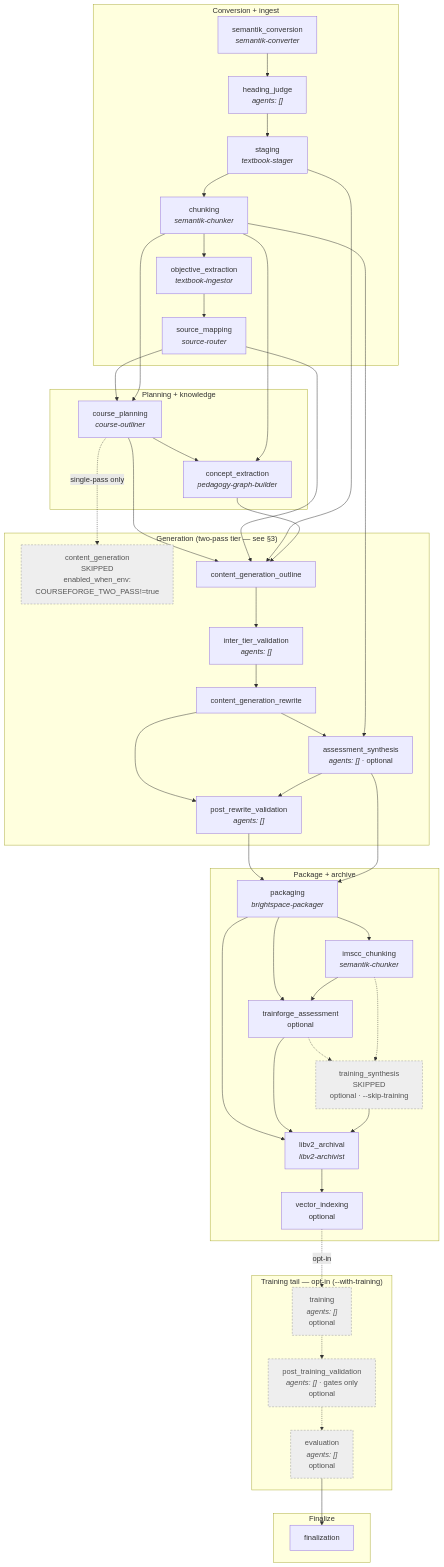
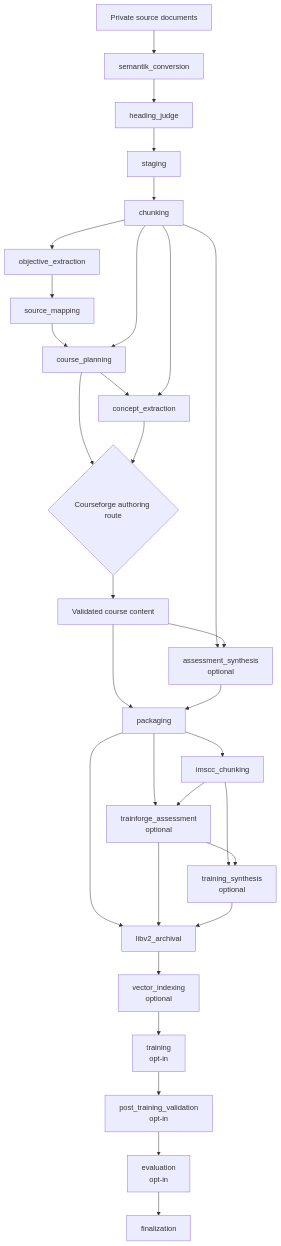
Before and after one commit to mdmurphy822/Ed4All: the second of 3 diagrams in docs/architecture/pipeline-flow.md, drawn with Mermaid. The commit also changed other lines of this file, not shown here.

Commit message:
docs(architecture): rebuild pipeline flow

````diff
--- a/docs/architecture/pipeline-flow.md
+++ b/docs/architecture/pipeline-flow.md
@@ -28,79 +65,36 @@
 ```mermaid
 flowchart TD
-    subgraph CONV["Conversion + ingest"]
-        P0["semantik_conversion<br/><i>semantik-converter</i>"]
-        P1["heading_judge<br/><i>agents: []</i>"]
-        P2["staging<br/><i>textbook-stager</i>"]
-        P3["chunking<br/><i>semantik-chunker</i>"]
-        P4["objective_extraction<br/><i>textbook-ingestor</i>"]
-        P5["source_mapping<br/><i>source-router</i>"]
-    end
+    SRC["Private source documents"] --> CONV["semantik_conversion"]
+    CONV --> HEAD["heading_judge"]
+    HEAD --> STAGE["staging"]
+    STAGE --> CHUNK["chunking"]
+    CHUNK --> STRUCT["objective_extraction"]
+    STRUCT --> MAP["source_mapping"]
+    MAP --> PLAN["course_planning"]
+    CHUNK --> PLAN
+    PLAN --> GRAPH["concept_extraction"]
+    CHUNK --> GRAPH
 
-    subgraph PLAN["Planning + knowledge"]
-        P6["course_planning<br/><i>course-outliner</i>"]
-        P7["concept_extraction<br/><i>pedagogy-graph-builder</i>"]
-    end
+    PLAN --> AUTHOR{"Courseforge authoring route"}
+    GRAPH --> AUTHOR
+    AUTHOR --> COURSE["Validated course content"]
+    CHUNK --> ASSESS["assessment_synthesis<br/>optional"]
+    COURSE --> ASSESS
+    COURSE --> PACKAGE["packaging"]
+    ASSESS --> PACKAGE
 
-    subgraph GEN["Generation (two-pass tier — see §3)"]
-        P8["content_generation<br/>SKIPPED<br/>enabled_when_env:<br/>COURSEFORGE_TWO_PASS!=true"]
-        P9["content_generation_outline"]
-        P10["inter_tier_validation<br/><i>agents: []</i>"]
-        P11["content_generation_rewrite"]
-        P12["assessment_synthesis<br/><i>agents: []</i> · optional"]
-        P13["post_rewrite_validation<br/><i>agents: []</i>"]
-    end
+    PACKAGE --> PCHUNK["imscc_chunking"]
+    PACKAGE --> TFASSESS["trainforge_assessment<br/>optional"]
+    PCHUNK --> TFASSESS
+    PCHUNK --> PAIRS["training_synthesis<br/>optional"]
+    TFASSESS --> PAIRS
 
-    subgraph PKG["Package + archive"]
-        P14["packaging<br/><i>brightspace-packager</i>"]
-        P15["imscc_chunking<br/><i>semantik-chunker</i>"]
-        P16["trainforge_assessment<br/>optional"]
-        P17["training_synthesis<br/>SKIPPED<br/>optional · --skip-training"]
-        P18["libv2_archival<br/><i>libv2-archivist</i>"]
-        P19["vector_indexing<br/>optional"]
-    end
-
-    subgraph TRAIN["Training tail — opt-in (--with-training)"]
-        P20["training<br/><i>agents: []</i><br/>optional"]
-        P21["post_training_validation<br/><i>agents: []</i> · gates only<br/>optional"]
-        P22["evaluation<br/><i>agents: []</i><br/>optional"]
-    end
-
-    subgraph FIN["Finalize"]
-        P23["finalization"]
-    end
-
-    P0 --> P1 --> P2 --> P3 --> P4 --> P5
-    P5 --> P6
-    P3 --> P6
-    P6 --> P7
-    P3 --> P7
-
-    P6 -.->|"single-pass only"| P8
-
-    P6 --> P9
-    P5 --> P9
-    P2 --> P9
-    P7 --> P9
-    P9 --> P10 --> P11
-    P11 --> P12
-    P3 --> P12
-    P11 --> P13
-    P12 --> P13
-
-    P13 --> P14
-    P12 --> P14
-    P14 --> P15
-    P14 --> P16
-    P15 --> P16
-    P16 -.-> P17
-    P15 -.-> P17
-    P14 --> P18
-    P16 --> P18
-    P17 --> P18
-    P18 --> P19
-    P19 -.->|"opt-in"| P20 -.-> P21 -.-> P22
-    P22 --> P23
-
-    classDef skipped fill:#eee,stroke:#999,stroke-dasharray: 4 3,color:#555
-    class P8,P17,P20,P21,P22 skipped
+    PACKAGE --> ARCHIVE["libv2_archival"]
+    TFASSESS --> ARCHIVE
+    PAIRS --> ARCHIVE
+    ARCHIVE --> INDEX["vector_indexing<br/>optional"]
+    INDEX --> TRAIN["training<br/>opt-in"]
+    TRAIN --> TGATE["post_training_validation<br/>opt-in"]
+    TGATE --> EVAL["evaluation<br/>opt-in"]
+    EVAL --> FINAL["finalization"]
 ```
````
